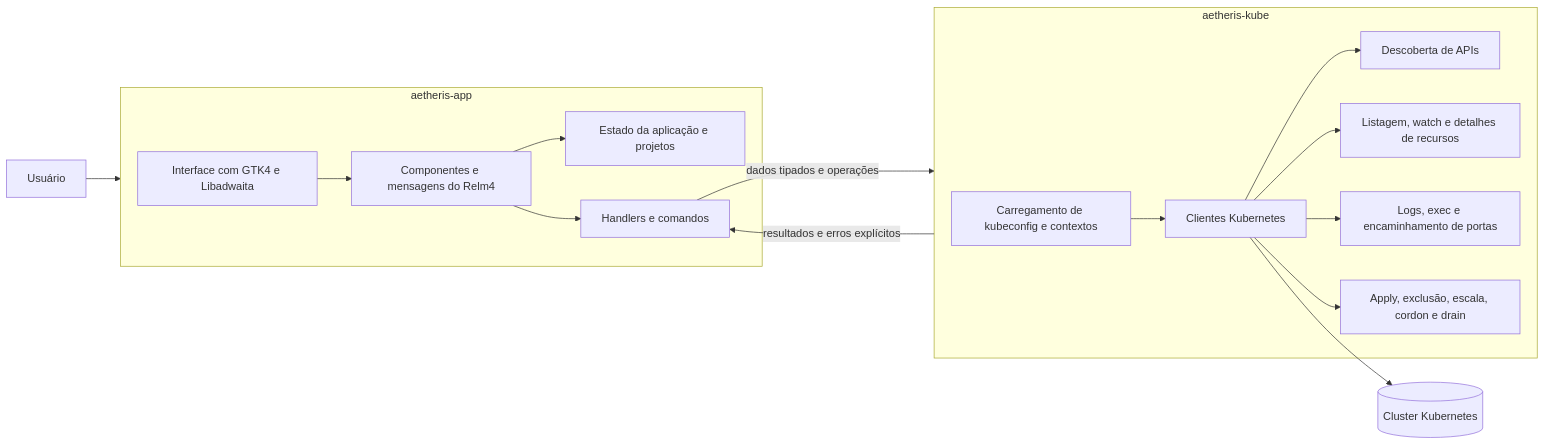
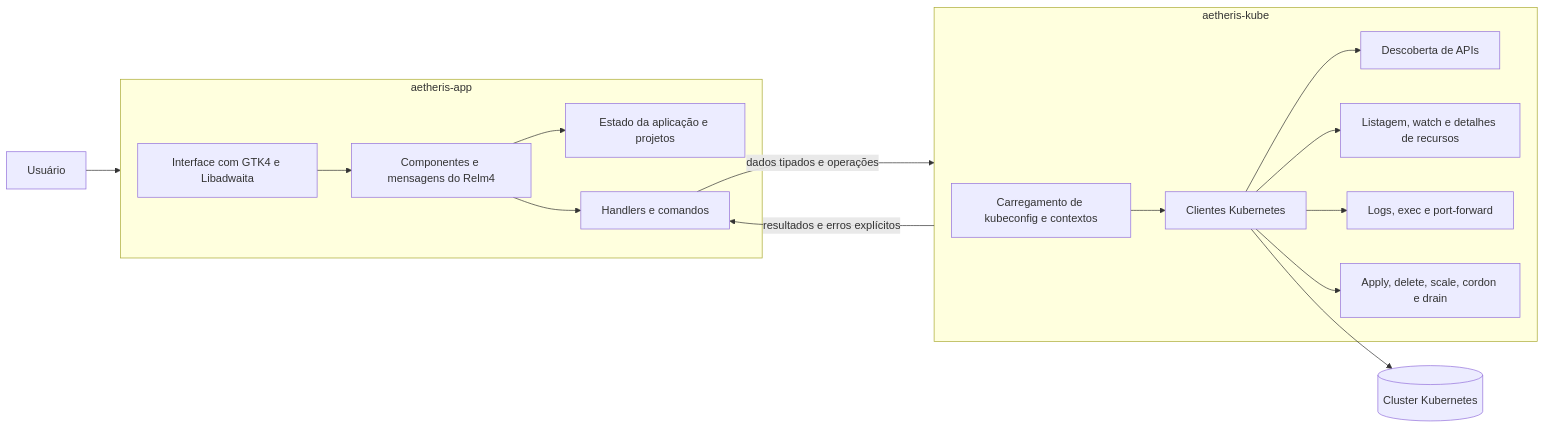
The diagram in src/content/blog/pt-br/developing-aetheris.md (leandromqrs/leandromqrs.github.io), drawn with Mermaid before and after one commit. The commit also changed other lines of this file and 6 other files, not shown here.

````diff
--- a/src/content/blog/pt-br/developing-aetheris.md
+++ b/src/content/blog/pt-br/developing-aetheris.md
@@ -46,34 +46,34 @@
 ```mermaid
 flowchart LR
     User[Usuário] --> App
 
     subgraph App["aetheris-app"]
         UI[Interface com GTK4 e Libadwaita]
         Relm4[Componentes e mensagens do Relm4]
         State[Estado da aplicação e projetos]
         Actions[Handlers e comandos]
 
         UI --> Relm4
         Relm4 --> State
         Relm4 --> Actions
     end
 
     subgraph Backend["aetheris-kube"]
         Config[Carregamento de kubeconfig e contextos]
         Client[Clientes Kubernetes]
         Discovery[Descoberta de APIs]
         Resources[Listagem, watch e detalhes de recursos]
-        Streams[Logs, exec e encaminhamento de portas]
-        Mutations[Apply, exclusão, escala, cordon e drain]
+        Streams[Logs, exec e port-forward]
+        Mutations[Apply, delete, scale, cordon e drain]
 
         Config --> Client
         Client --> Discovery
         Client --> Resources
         Client --> Streams
         Client --> Mutations
     end
 
     Actions -->|dados tipados e operações| Backend
     Backend -->|resultados e erros explícitos| Actions
     Client --> Cluster[(Cluster Kubernetes)]
 ```
````
